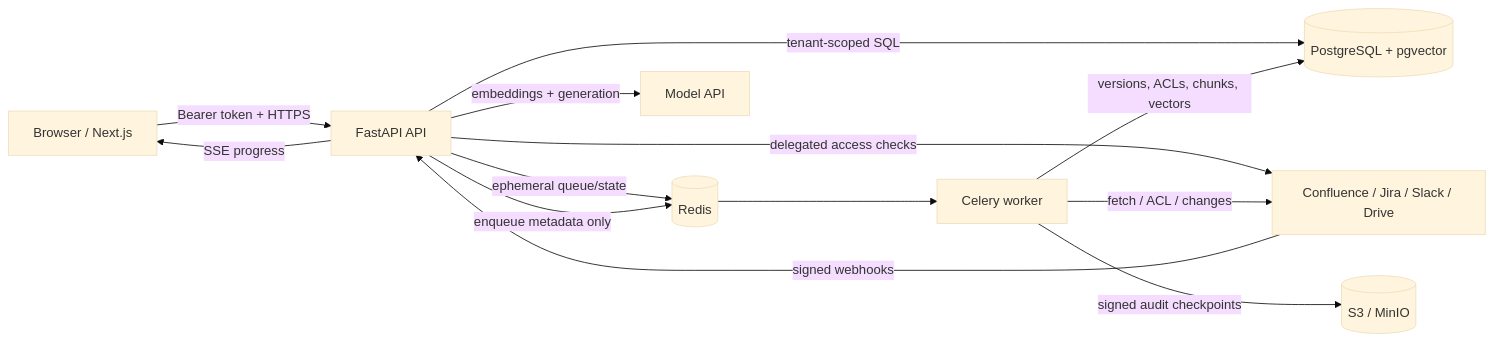
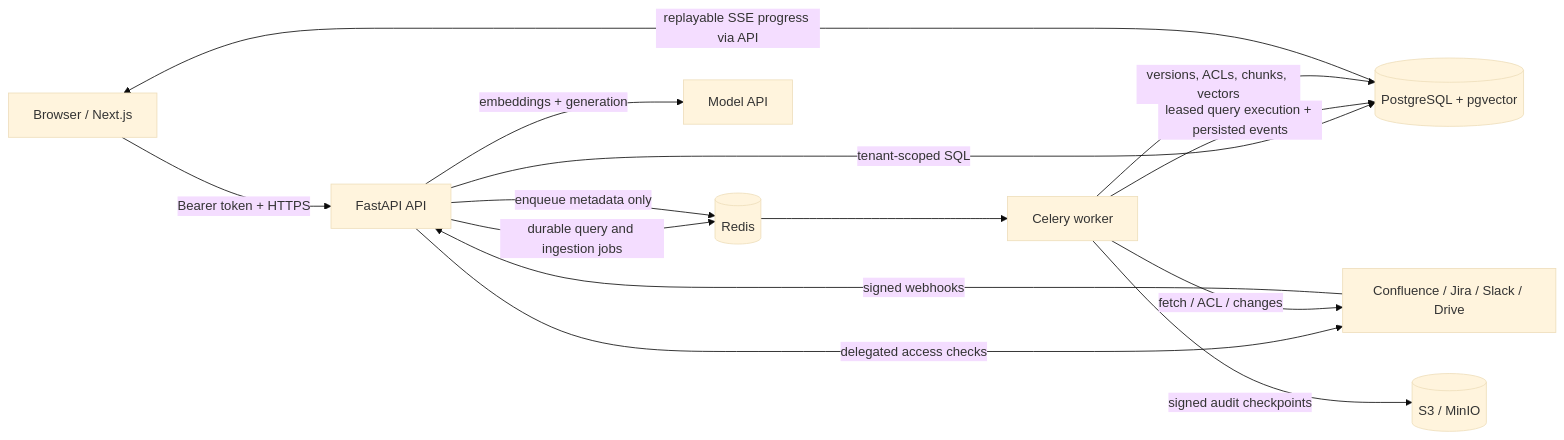
Before and after one commit to timthedev07/tencent-hackathon-track2: the first of 2 diagrams in PROJECT_ANALYSIS.md, drawn with Mermaid (base theme). The commit also changed other lines of this file and 15 other files, not shown here.

Commit message:
feat: make query execution durable and replayable

````diff
--- a/PROJECT_ANALYSIS.md
+++ b/PROJECT_ANALYSIS.md
@@ -57,16 +56,17 @@
 ```mermaid
 flowchart LR
     U[Browser / Next.js] -->|Bearer token + HTTPS| A[FastAPI API]
     A -->|tenant-scoped SQL| P[(PostgreSQL + pgvector)]
-    A -->|ephemeral queue/state| R[(Redis)]
+    A -->|durable query and ingestion jobs| R[(Redis)]
     A -->|delegated access checks| S[Confluence / Jira / Slack / Drive]
     A -->|embeddings + generation| M[Model API]
-    A -->|SSE progress| U
+    P -->|replayable SSE progress via API| U
 
     S -->|signed webhooks| A
     A -->|enqueue metadata only| R
     R --> W[Celery worker]
+    W -->|leased query execution + persisted events| P
     W -->|fetch / ACL / changes| S
     W -->|versions, ACLs, chunks, vectors| P
     W -->|signed audit checkpoints| O[(S3 / MinIO)]
 ```
````
